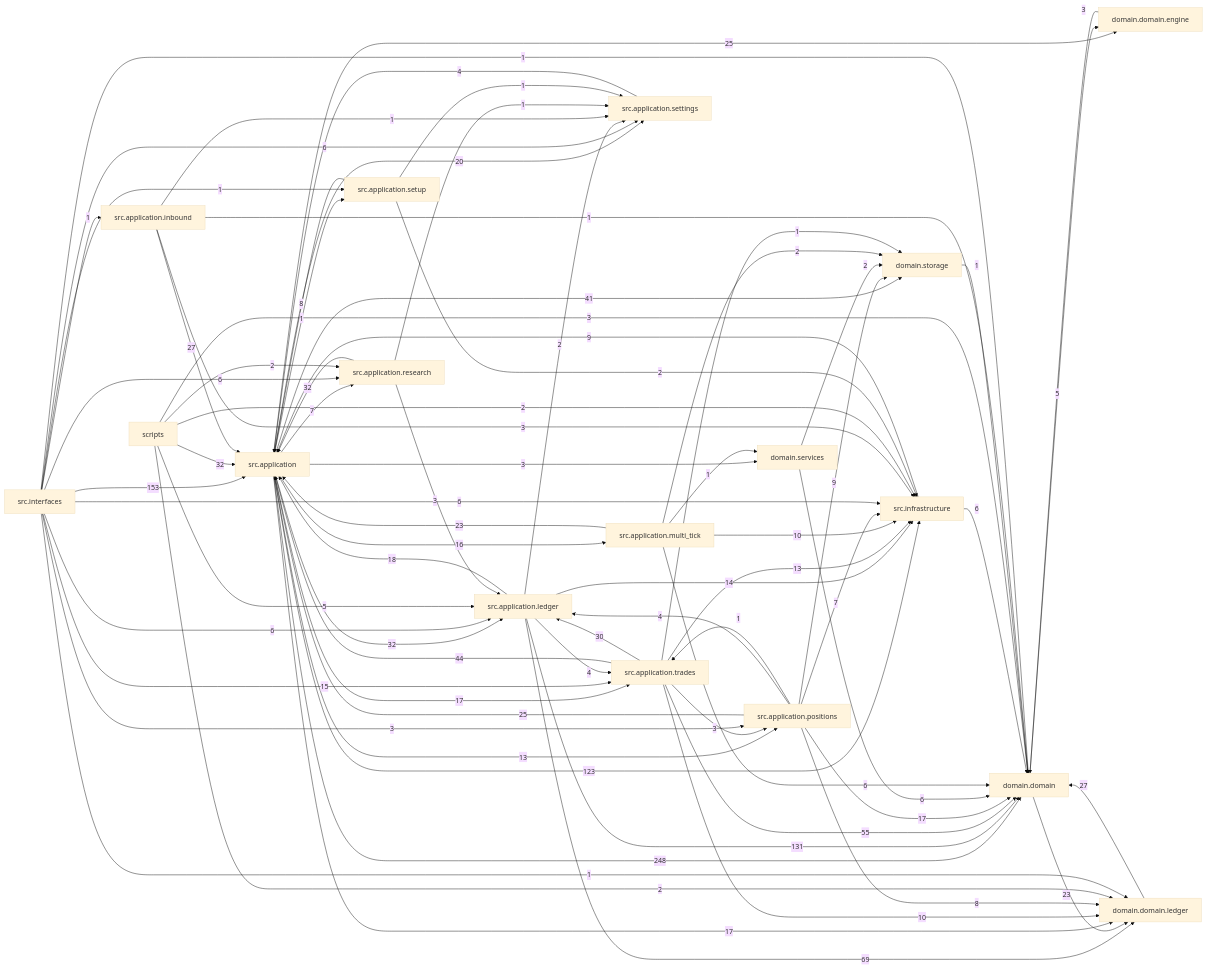
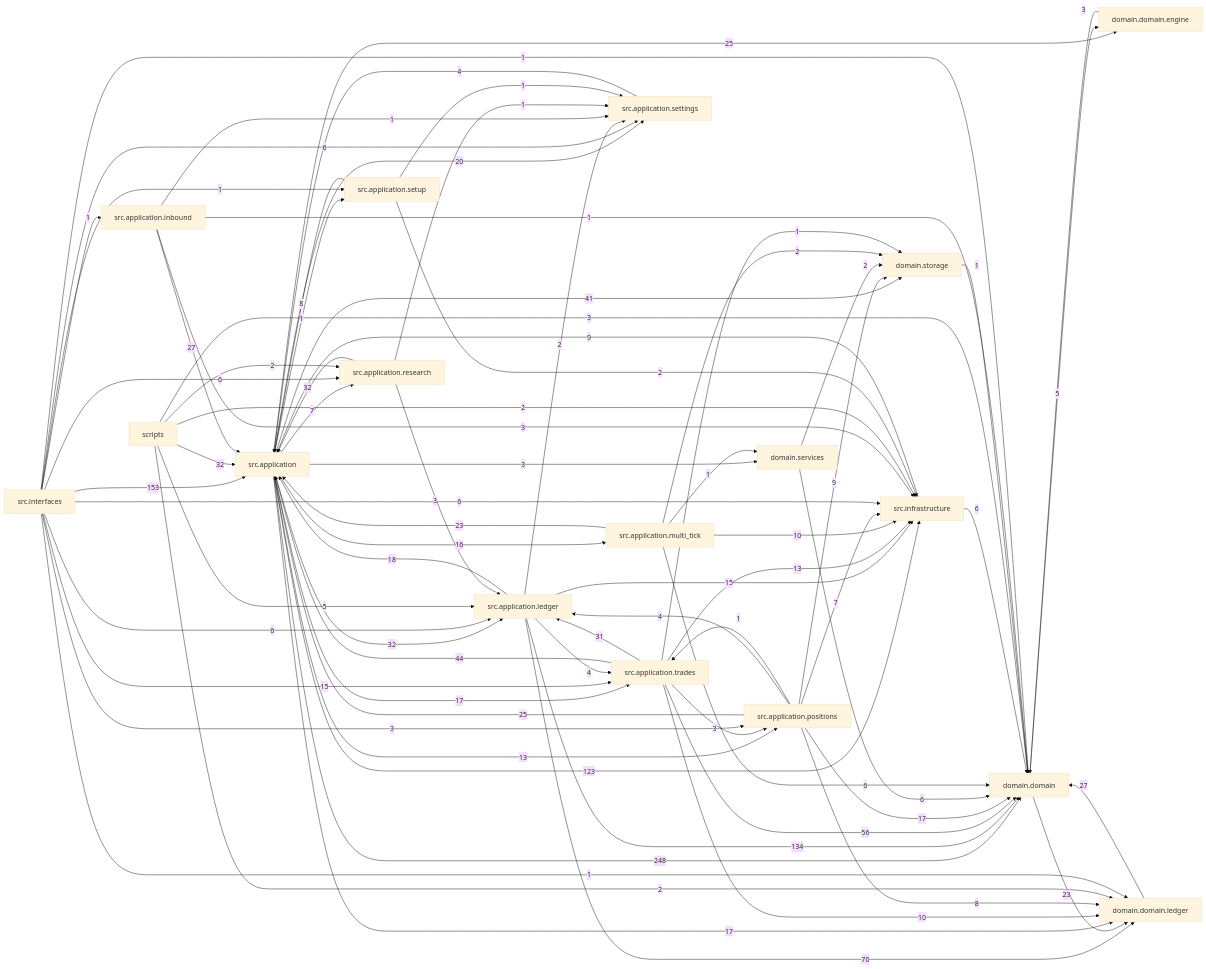
One commit to liuxie066/options-monitor changed the diagram in docs/dependency_graph.mmd. Above: the diagram before and after it, drawn with Mermaid (base theme). The commit also changed 11 other files, not shown here.

```diff
--- a/docs/dependency_graph.mmd
+++ b/docs/dependency_graph.mmd
@@ -1,76 +1,76 @@
 flowchart LR
   src_application["src.application"] -->|248| domain_domain["domain.domain"]
   src_interfaces["src.interfaces"] -->|153| src_application["src.application"]
-  src_application_ledger["src.application.ledger"] -->|131| domain_domain["domain.domain"]
+  src_application_ledger["src.application.ledger"] -->|134| domain_domain["domain.domain"]
   src_application["src.application"] -->|123| src_infrastructure["src.infrastructure"]
-  src_application_ledger["src.application.ledger"] -->|69| domain_domain_ledger["domain.domain.ledger"]
-  src_application_trades["src.application.trades"] -->|55| domain_domain["domain.domain"]
+  src_application_ledger["src.application.ledger"] -->|70| domain_domain_ledger["domain.domain.ledger"]
+  src_application_trades["src.application.trades"] -->|56| domain_domain["domain.domain"]
   src_application_trades["src.application.trades"] -->|44| src_application["src.application"]
   src_application["src.application"] -->|41| domain_storage["domain.storage"]
   scripts["scripts"] -->|32| src_application["src.application"]
   src_application["src.application"] -->|32| src_application_ledger["src.application.ledger"]
   src_application_research["src.application.research"] -->|32| src_application["src.application"]
-  src_application_trades["src.application.trades"] -->|30| src_application_ledger["src.application.ledger"]
+  src_application_trades["src.application.trades"] -->|31| src_application_ledger["src.application.ledger"]
   domain_domain_ledger["domain.domain.ledger"] -->|27| domain_domain["domain.domain"]
   src_application_inbound["src.application.inbound"] -->|27| src_application["src.application"]
   src_application["src.application"] -->|25| domain_domain_engine["domain.domain.engine"]
   src_application_positions["src.application.positions"] -->|25| src_application["src.application"]
   domain_domain["domain.domain"] -->|23| domain_domain_ledger["domain.domain.ledger"]
   src_application_multi_tick["src.application.multi_tick"] -->|23| src_application["src.application"]
   src_application["src.application"] -->|20| src_application_settings["src.application.settings"]
   src_application_ledger["src.application.ledger"] -->|18| src_application["src.application"]
   src_application["src.application"] -->|17| domain_domain_ledger["domain.domain.ledger"]
   src_application["src.application"] -->|17| src_application_trades["src.application.trades"]
   src_application_positions["src.application.positions"] -->|17| domain_domain["domain.domain"]
   src_application["src.application"] -->|16| src_application_multi_tick["src.application.multi_tick"]
+  src_application_ledger["src.application.ledger"] -->|15| src_infrastructure["src.infrastructure"]
   src_interfaces["src.interfaces"] -->|15| src_application_trades["src.application.trades"]
-  src_application_ledger["src.application.ledger"] -->|14| src_infrastructure["src.infrastructure"]
   src_application["src.application"] -->|13| src_application_positions["src.application.positions"]
   src_application_trades["src.application.trades"] -->|13| src_infrastructure["src.infrastructure"]
   src_application_multi_tick["src.application.multi_tick"] -->|10| src_infrastructure["src.infrastructure"]
   src_application_trades["src.application.trades"] -->|10| domain_domain_ledger["domain.domain.ledger"]
   src_application_positions["src.application.positions"] -->|9| domain_storage["domain.storage"]
   src_infrastructure["src.infrastructure"] -->|9| src_application["src.application"]
   src_application_positions["src.application.positions"] -->|8| domain_domain_ledger["domain.domain.ledger"]
   src_application_setup["src.application.setup"] -->|8| src_application["src.application"]
   src_application["src.application"] -->|7| src_application_research["src.application.research"]
   src_application_positions["src.application.positions"] -->|7| src_infrastructure["src.infrastructure"]
   domain_services["domain.services"] -->|6| domain_domain["domain.domain"]
   src_application_multi_tick["src.application.multi_tick"] -->|6| domain_domain["domain.domain"]
   src_infrastructure["src.infrastructure"] -->|6| domain_domain["domain.domain"]
   src_interfaces["src.interfaces"] -->|6| src_application_ledger["src.application.ledger"]
   src_interfaces["src.interfaces"] -->|6| src_application_research["src.application.research"]
   src_interfaces["src.interfaces"] -->|6| src_application_settings["src.application.settings"]
   src_interfaces["src.interfaces"] -->|6| src_infrastructure["src.infrastructure"]
   domain_domain["domain.domain"] -->|5| domain_domain_engine["domain.domain.engine"]
   scripts["scripts"] -->|5| src_application_ledger["src.application.ledger"]
   src_application_ledger["src.application.ledger"] -->|4| src_application_trades["src.application.trades"]
   src_application_positions["src.application.positions"] -->|4| src_application_ledger["src.application.ledger"]
   src_application_settings["src.application.settings"] -->|4| src_application["src.application"]
   domain_domain_engine["domain.domain.engine"] -->|3| domain_domain["domain.domain"]
   scripts["scripts"] -->|3| domain_domain["domain.domain"]
   src_application["src.application"] -->|3| domain_services["domain.services"]
   src_application_inbound["src.application.inbound"] -->|3| src_infrastructure["src.infrastructure"]
   src_application_research["src.application.research"] -->|3| src_application_ledger["src.application.ledger"]
   src_application_trades["src.application.trades"] -->|3| src_application_positions["src.application.positions"]
   src_interfaces["src.interfaces"] -->|3| src_application_positions["src.application.positions"]
   domain_services["domain.services"] -->|2| domain_storage["domain.storage"]
   scripts["scripts"] -->|2| domain_domain_ledger["domain.domain.ledger"]
   scripts["scripts"] -->|2| src_application_research["src.application.research"]
   scripts["scripts"] -->|2| src_infrastructure["src.infrastructure"]
   src_application_ledger["src.application.ledger"] -->|2| src_application_settings["src.application.settings"]
   src_application_multi_tick["src.application.multi_tick"] -->|2| domain_storage["domain.storage"]
   src_application_setup["src.application.setup"] -->|2| src_infrastructure["src.infrastructure"]
   domain_storage["domain.storage"] -->|1| domain_domain["domain.domain"]
   src_application["src.application"] -->|1| src_application_setup["src.application.setup"]
   src_application_inbound["src.application.inbound"] -->|1| domain_domain["domain.domain"]
   src_application_inbound["src.application.inbound"] -->|1| src_application_settings["src.application.settings"]
   src_application_multi_tick["src.application.multi_tick"] -->|1| domain_services["domain.services"]
   src_application_positions["src.application.positions"] -->|1| src_application_trades["src.application.trades"]
   src_application_research["src.application.research"] -->|1| src_application_settings["src.application.settings"]
   src_application_setup["src.application.setup"] -->|1| src_application_settings["src.application.settings"]
   src_application_trades["src.application.trades"] -->|1| domain_storage["domain.storage"]
   src_interfaces["src.interfaces"] -->|1| domain_domain["domain.domain"]
   src_interfaces["src.interfaces"] -->|1| domain_domain_ledger["domain.domain.ledger"]
   src_interfaces["src.interfaces"] -->|1| src_application_inbound["src.application.inbound"]
   src_interfaces["src.interfaces"] -->|1| src_application_setup["src.application.setup"]
```
